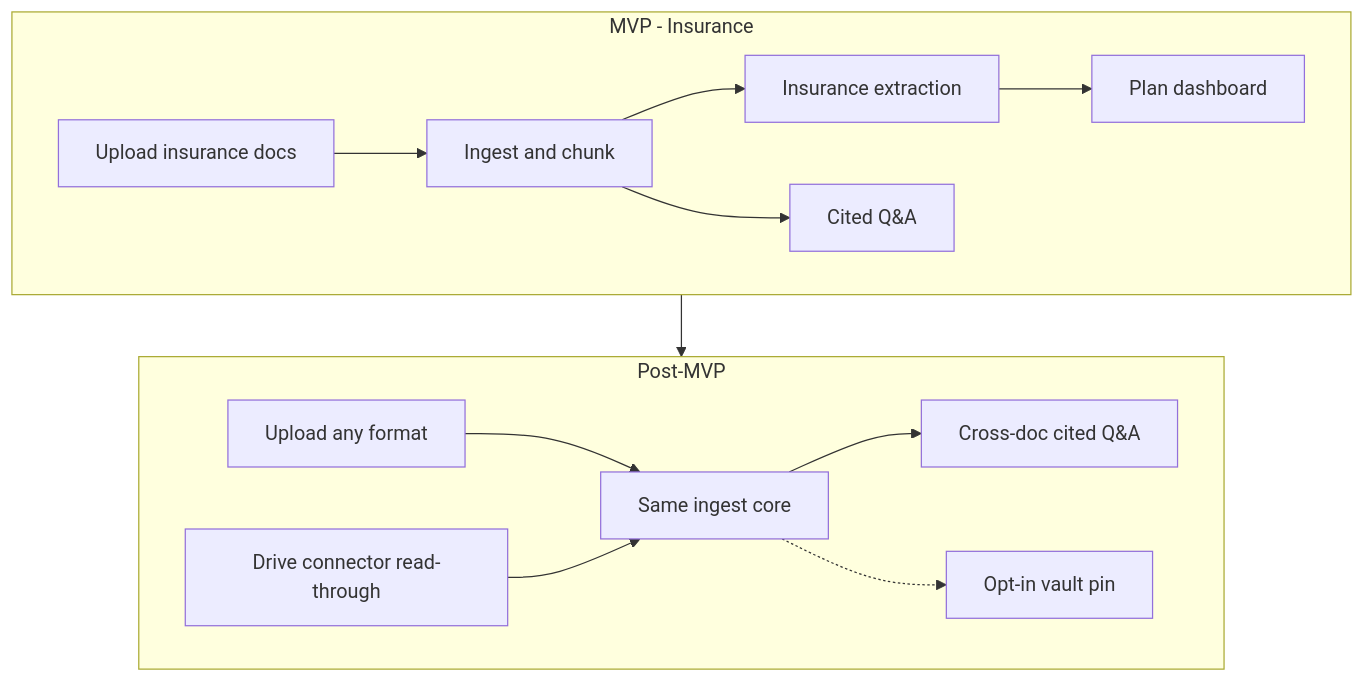
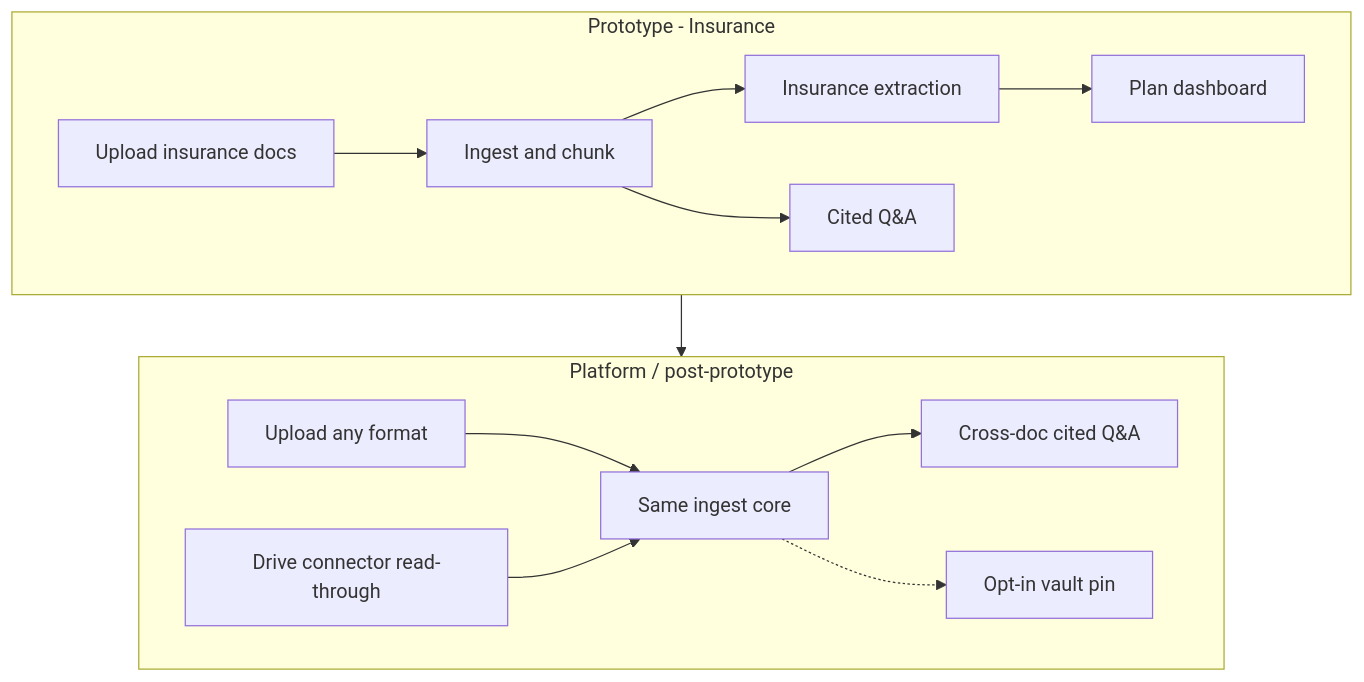
One commit to Bmsandoval/covered changed the first of 2 diagrams in docs/planning/staged-solution-plan.md. Above: the diagram before and after it, drawn with Mermaid. The commit also changed other lines of this file and 8 other files, not shown here.

````diff
--- a/docs/planning/staged-solution-plan.md
+++ b/docs/planning/staged-solution-plan.md
@@ -62,26 +63,26 @@
 ```mermaid
 flowchart TB
-  subgraph now [MVP - Insurance]
+  subgraph now [Prototype - Insurance]
     U1[Upload insurance docs]
     I1[Ingest and chunk]
     E1[Insurance extraction]
     D1[Plan dashboard]
     C1[Cited Q&A]
     U1 --> I1 --> E1 --> D1
     I1 --> C1
   end
 
-  subgraph later [Post-MVP]
+  subgraph later [Platform / post-prototype]
     U2[Upload any format]
     G[Drive connector read-through]
     I2[Same ingest core]
     S[Cross-doc cited Q&A]
     P[Opt-in vault pin]
     U2 --> I2
     G --> I2
     I2 --> S
     I2 -.-> P
   end
 
   now --> later
 ```
````
